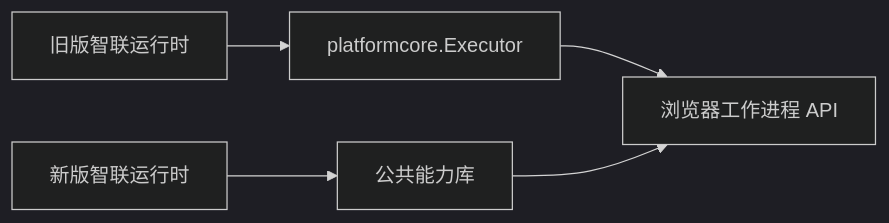
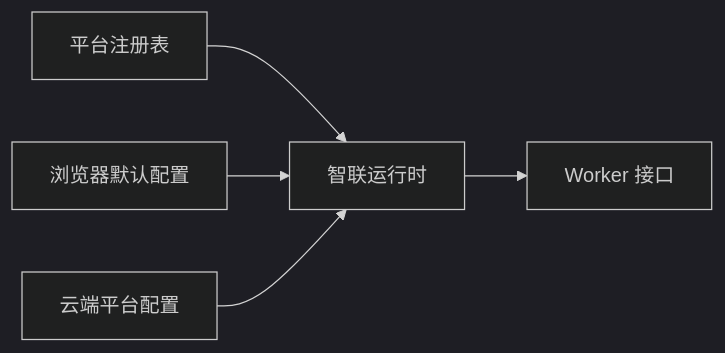
One commit to alvinwangzi/goodhr changed the tenth of 10 diagrams in .qoder/repowiki/zh/content/系统架构/本地Agent架构/平台适配器系统/智联招聘适配器.md. Above: the diagram before and after it, drawn with Mermaid (dark theme). The commit also changed other lines of this file and 149 other files, not shown here.

````diff
--- a/.qoder/repowiki/zh/content/系统架构/本地Agent架构/平台适配器系统/智联招聘适配器.md
+++ b/.qoder/repowiki/zh/content/系统架构/本地Agent架构/平台适配器系统/智联招聘适配器.md
@@ -290,7 +381,7 @@
 ```mermaid
 graph LR
-OldRuntime["旧版智联运行时"] --> Exec["platformcore.Executor"]
-NewRuntime["新版智联运行时"] --> Common["公共能力库"]
-Exec --> BrowserAPI["浏览器工作进程 API"]
-Common --> BrowserAPI
+Reg["平台注册表"] --> ZR["智联运行时"]
+Def["浏览器默认配置"] --> ZR
+Conf["云端平台配置"] --> ZR
+ZR --> W["Worker 接口"]
 ```
````
